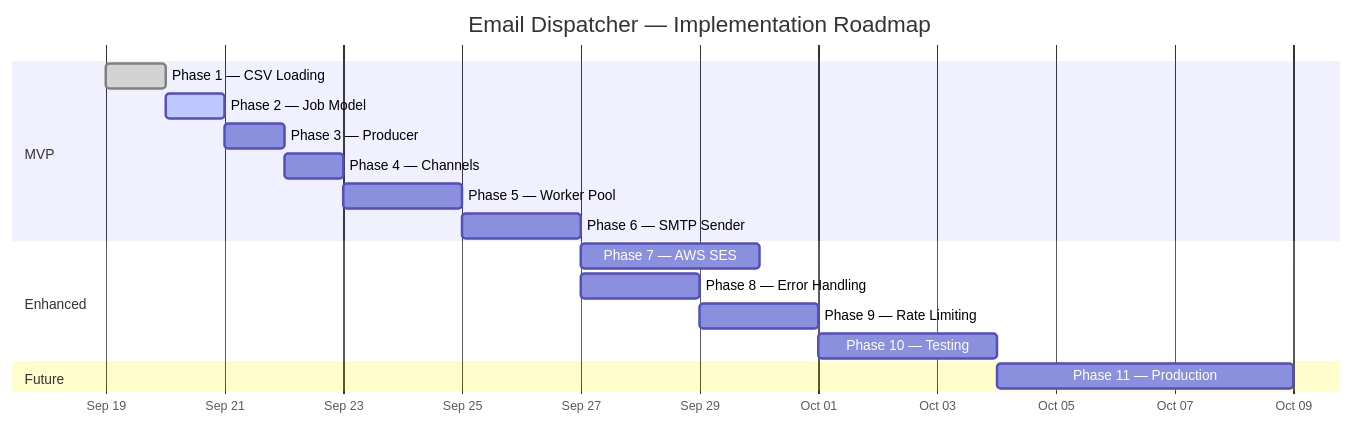
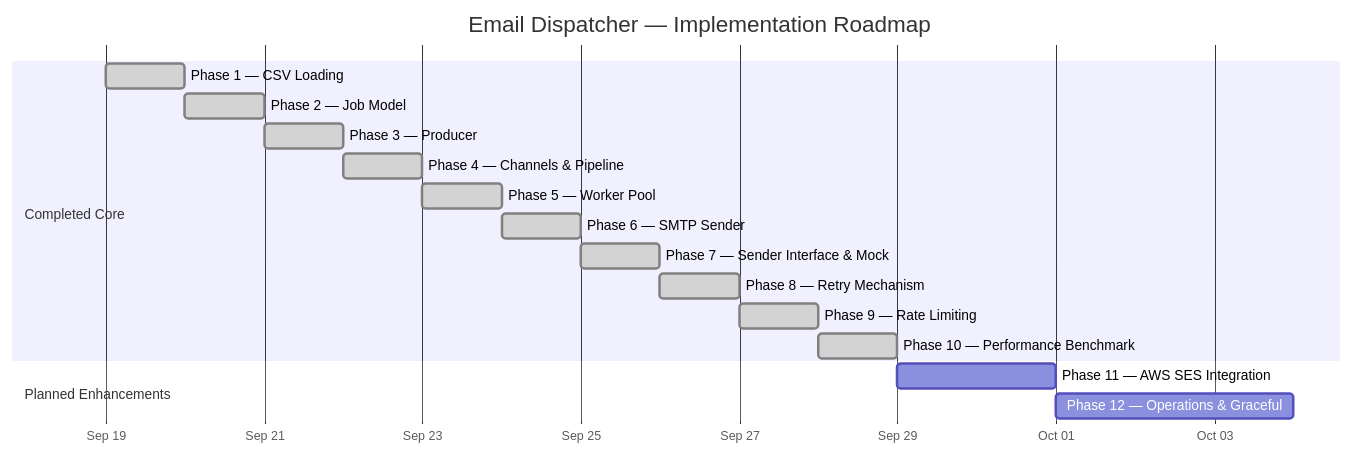
Before and after one commit to guptakartike/email-campaign-dispatcher: the diagram in docs/ROADMAP.md, drawn with Mermaid. The commit also changed other lines of this file and 3 other files, not shown here.

Commit message:
docs: update documentation to reflect rate limiter, mock sender, and benchmark suite

````diff
--- a/docs/ROADMAP.md
+++ b/docs/ROADMAP.md
@@ -172,23 +161,22 @@
 ```mermaid
 gantt
     title Email Dispatcher — Implementation Roadmap
     dateFormat YYYY-MM-DD
     axisFormat %b %d
 
-    section MVP
-    Phase 1 — CSV Loading        :done,    p1, 2026-09-19, 1d
-    Phase 2 — Job Model          :active,  p2, after p1, 1d
-    Phase 3 — Producer           :         p3, after p2, 1d
-    Phase 4 — Channels           :         p4, after p3, 1d
-    Phase 5 — Worker Pool        :         p5, after p4, 2d
-    Phase 6 — SMTP Sender        :         p6, after p5, 2d
+    section Completed Core
+    Phase 1 — CSV Loading             :done, p1, 2026-09-19, 1d
+    Phase 2 — Job Model               :done, p2, after p1, 1d
+    Phase 3 — Producer                :done, p3, after p2, 1d
+    Phase 4 — Channels & Pipeline     :done, p4, after p3, 1d
+    Phase 5 — Worker Pool             :done, p5, after p4, 1d
+    Phase 6 — SMTP Sender             :done, p6, after p5, 1d
+    Phase 7 — Sender Interface & Mock :done, p7, after p6, 1d
+    Phase 8 — Retry Mechanism         :done, p8, after p7, 1d
+    Phase 9 — Rate Limiting           :done, p9, after p8, 1d
+    Phase 10 — Performance Benchmark  :done, p10, after p9, 1d
 
-    section Enhanced
-    Phase 7 — AWS SES            :         p7, after p6, 3d
-    Phase 8 — Error Handling     :         p8, after p6, 2d
-    Phase 9 — Rate Limiting      :         p9, after p8, 2d
-    Phase 10 — Testing           :        p10, after p9, 3d
-
-    section Future
-    Phase 11 — Production        :        p11, after p10, 5d
+    section Planned Enhancements
+    Phase 11 — AWS SES Integration    :p11, after p10, 2d
+    Phase 12 — Operations & Graceful  :p12, after p11, 3d
 ```
````
